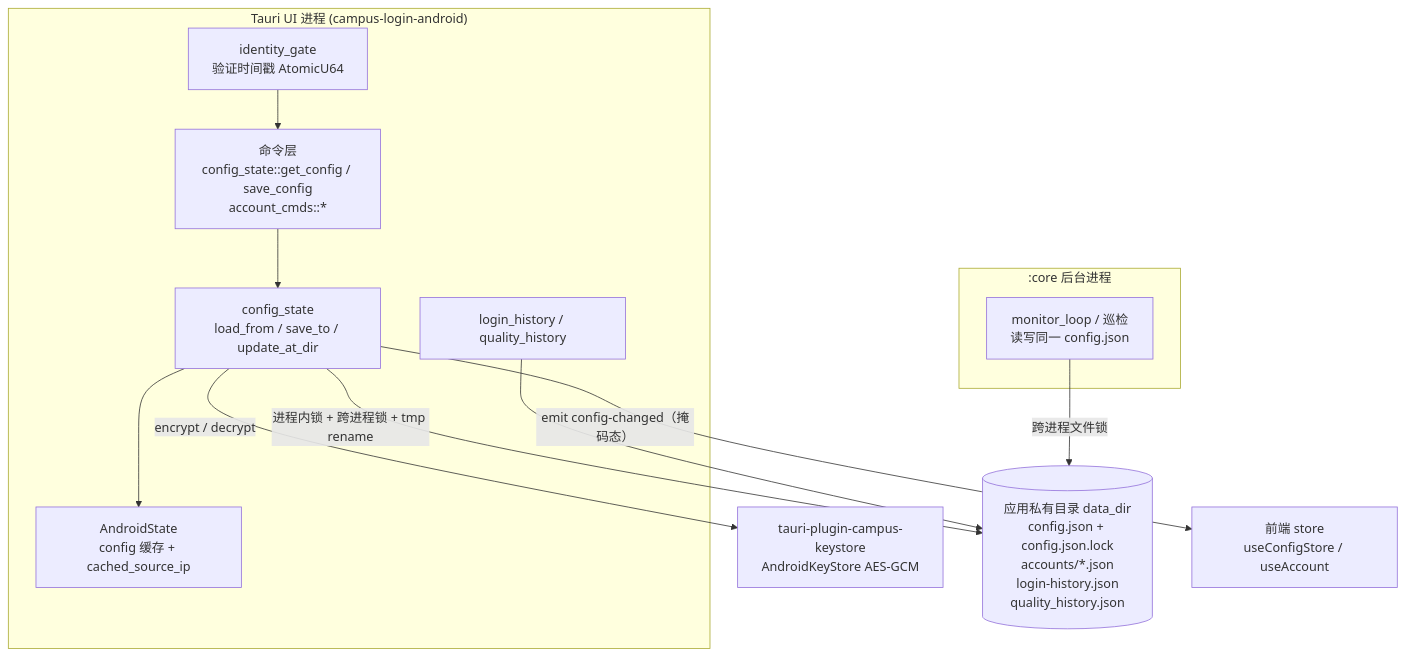
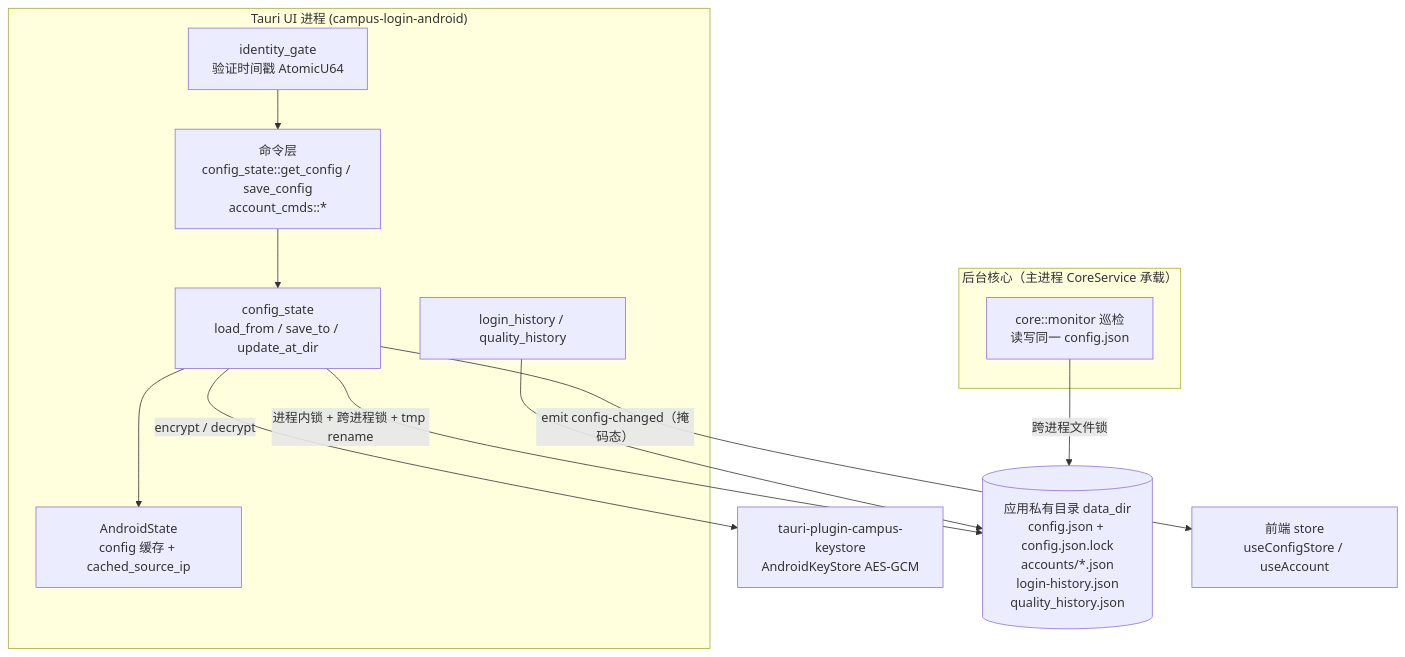
Before and after one commit to ikliml666/Wxxy-CampusLogin: the first of 5 diagrams in .codewiki/modules/android-backend-tauri-state-storage.md, drawn with Mermaid. The commit also changed other lines of this file and 20 other files, not shown here.

````diff
--- a/.codewiki/modules/android-backend-tauri-state-storage.md
+++ b/.codewiki/modules/android-backend-tauri-state-storage.md
@@ -84,27 +88,27 @@
 ```mermaid
 flowchart TD
     subgraph UI["Tauri UI 进程 (campus-login-android)"]
         CMD["命令层<br/>config_state::get_config / save_config<br/>account_cmds::*"]
         CS["config_state<br/>load_from / save_to / update_at_dir"]
         AS["AndroidState<br/>config 缓存 + cached_source_ip"]
         IG["identity_gate<br/>验证时间戳 AtomicU64"]
         HIS["login_history / quality_history"]
     end
 
-    subgraph CORE[":core 后台进程"]
-        ML["monitor_loop / 巡检<br/>读写同一 config.json"]
+    subgraph CORE["后台核心（主进程 CoreService 承载）"]
+        ML["core::monitor 巡检<br/>读写同一 config.json"]
     end
 
     KS["tauri-plugin-campus-keystore<br/>AndroidKeyStore AES-GCM"]
     DISK[("应用私有目录 data_dir<br/>config.json + config.json.lock<br/>accounts/*.json<br/>login-history.json<br/>quality_history.json")]
     FE["前端 store<br/>useConfigStore / useAccount"]
 
     CMD --> CS
     CS --> AS
     CS -->|"encrypt / decrypt"| KS
     CS -->|"进程内锁 + 跨进程锁 + tmp rename"| DISK
     ML -->|"跨进程文件锁"| DISK
     CS -->|"emit config-changed（掩码态）"| FE
     IG --> CMD
     HIS --> DISK
 ```
````
